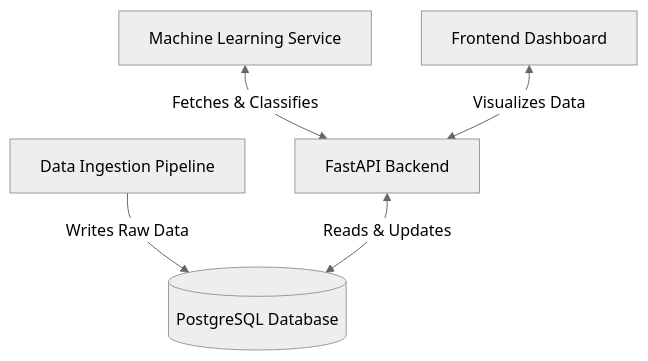
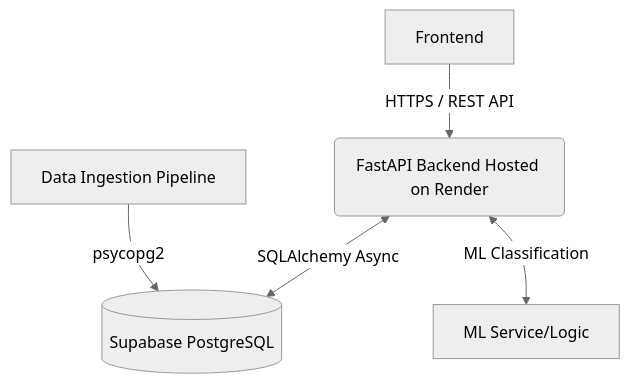
Before and after one commit to vanshbaliyan1805/onyx-weather: the diagram in README.md, drawn with Mermaid (neutral theme). The commit also changed other lines of this file and 13 other files, not shown here.

Commit message:
Configure Supabase PostgreSQL backend

````diff
--- a/README.md
+++ b/README.md
@@ -14,7 +9,7 @@
 ```mermaid
 graph TD
-    A[Data Ingestion Pipeline] -->|Writes Raw Data| B[(PostgreSQL Database)]
-    C[FastAPI Backend] <-->|Reads & Updates| B
-    D[Machine Learning Service] <-->|Fetches & Classifies| C
-    E[Frontend Dashboard] <-->|Visualizes Data| C
+    A[Frontend] -->|HTTPS / REST API| B(FastAPI Backend Hosted on Render)
+    C[Data Ingestion Pipeline] -->|psycopg2| D[(Supabase PostgreSQL)]
+    B <-->|SQLAlchemy Async| D
+    B <-->|ML Classification| E[ML Service/Logic]
 ```
````
